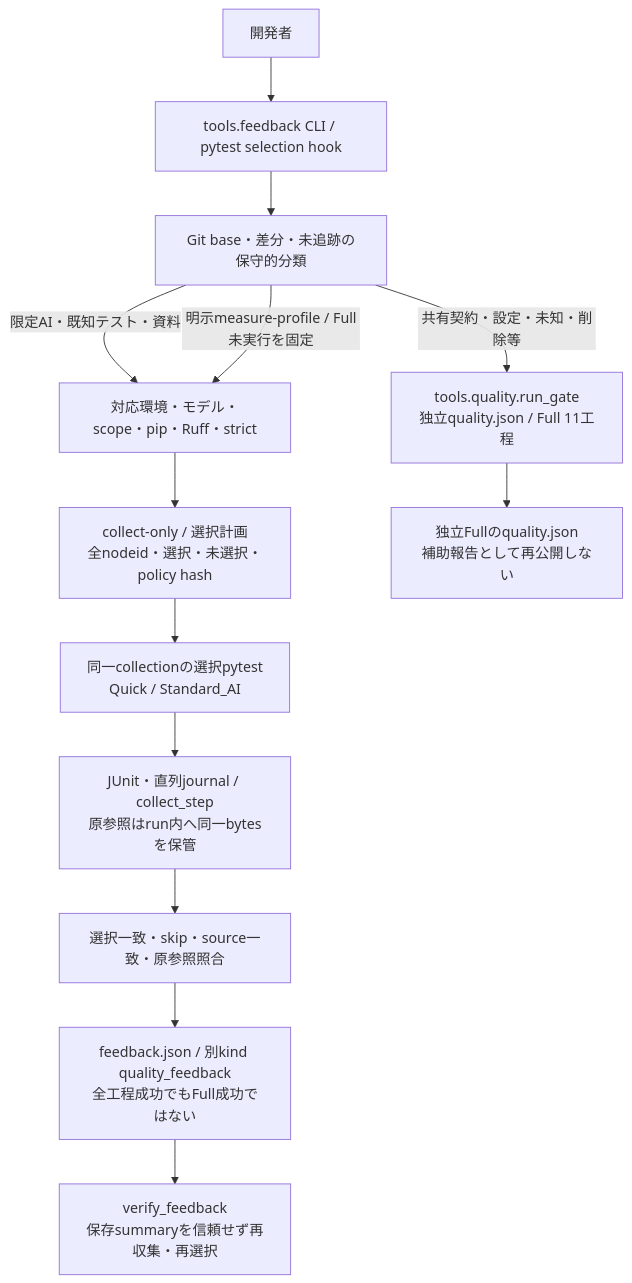
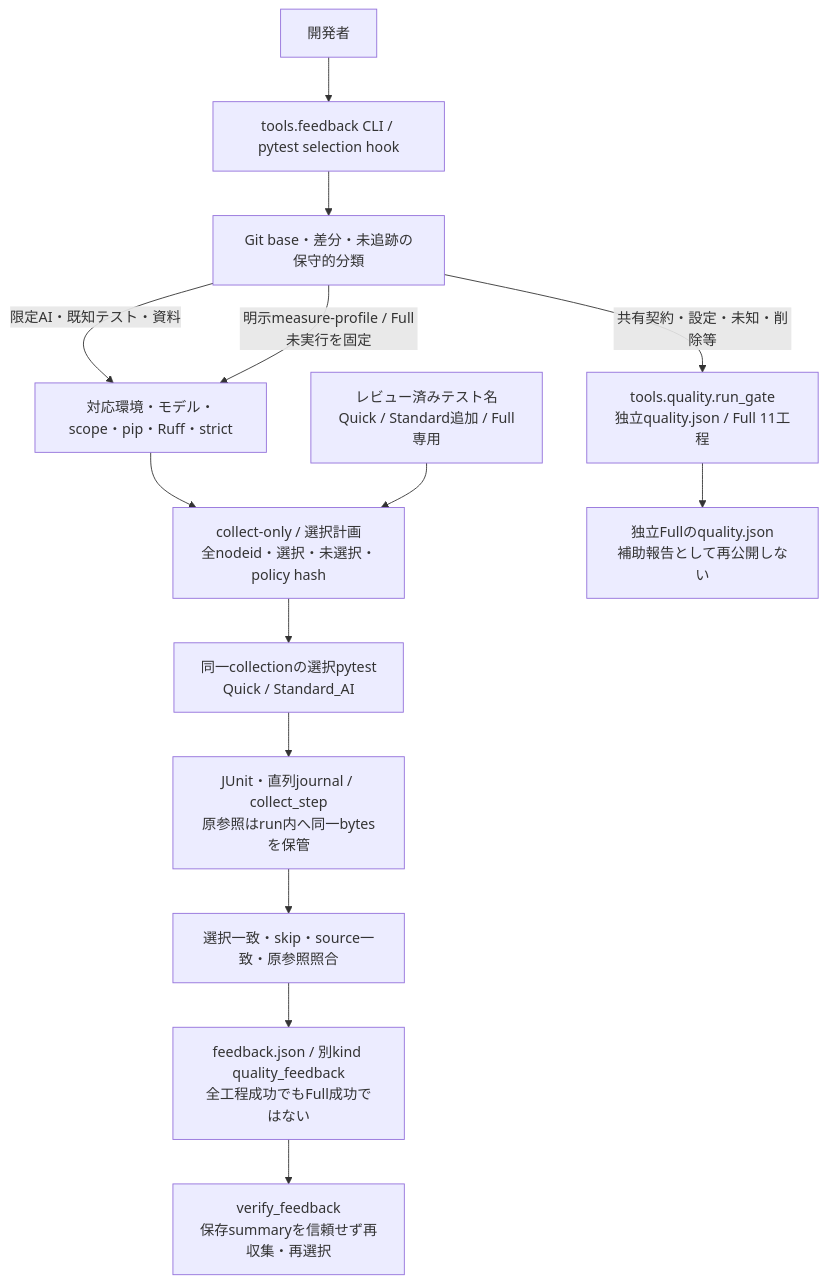
Before and after one commit to nonnhjleno/reversi-ai: the eighth of 14 diagrams in docs/harness_architecture.md, drawn with Mermaid. The commit also changed other lines of this file and 7 other files, not shown here.

````diff
--- a/docs/harness_architecture.md
+++ b/docs/harness_architecture.md
@@ -400,15 +400,16 @@
 ```mermaid
 flowchart TD
     USER["開発者"] --> F["tools.feedback CLI / pytest selection hook"]
     F --> ROUTE["Git base・差分・未追跡の保守的分類"]
     ROUTE -->|"共有契約・設定・未知・削除等"| FULL["tools.quality.run_gate<br/>独立quality.json / Full 11工程"]
     ROUTE -->|"限定AI・既知テスト・資料"| STATIC["対応環境・モデル・scope・pip・Ruff・strict"]
     ROUTE -->|"明示measure-profile / Full未実行を固定"| STATIC
     STATIC --> PLAN["collect-only / 選択計画<br/>全nodeid・選択・未選択・policy hash"]
+    REVIEW["レビュー済みテスト名<br/>Quick / Standard追加 / Full専用"] --> PLAN
     PLAN --> EXEC["同一collectionの選択pytest<br/>Quick / Standard_AI"]
     EXEC --> RAW["JUnit・直列journal / collect_step<br/>原参照はrun内へ同一bytesを保管"]
     RAW --> VERIFY["選択一致・skip・source一致・原参照照合"]
     VERIFY --> FE["feedback.json / 別kind quality_feedback<br/>全工程成功でもFull成功ではない"]
     FE --> RECHECK["verify_feedback<br/>保存summaryを信頼せず再収集・再選択"]
     FULL --> FULLLOG["独立Fullのquality.json<br/>補助報告として再公開しない"]
 ```
````
